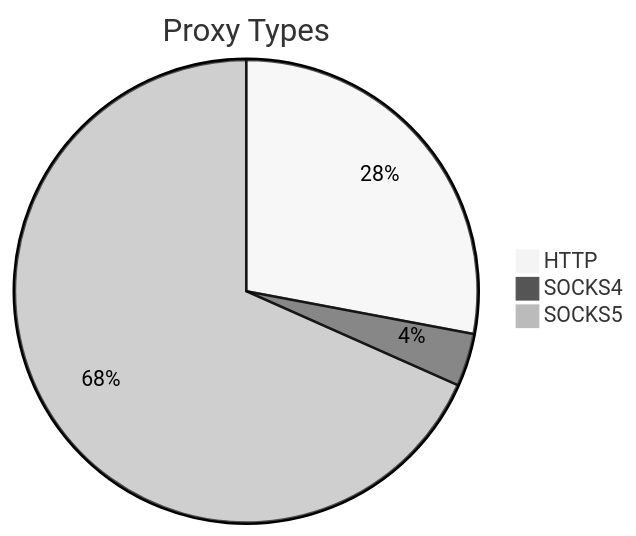
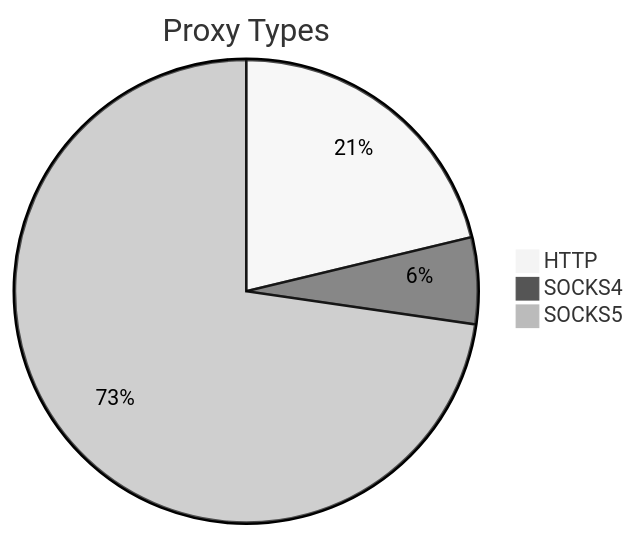
The first of 2 diagrams in README.md (stormsia/proxy-list), drawn with Mermaid (neutral theme) before and after one commit. The commit also changed other lines of this file, not shown here.

````diff
--- a/README.md
+++ b/README.md
@@ -21,6 +21,6 @@
 ```mermaid
 pie title Proxy Types
-    "HTTP" : 265
-    "SOCKS4" : 35
-    "SOCKS5" : 648
+    "HTTP" : 239
+    "SOCKS4" : 68
+    "SOCKS5" : 818
 ```
````
